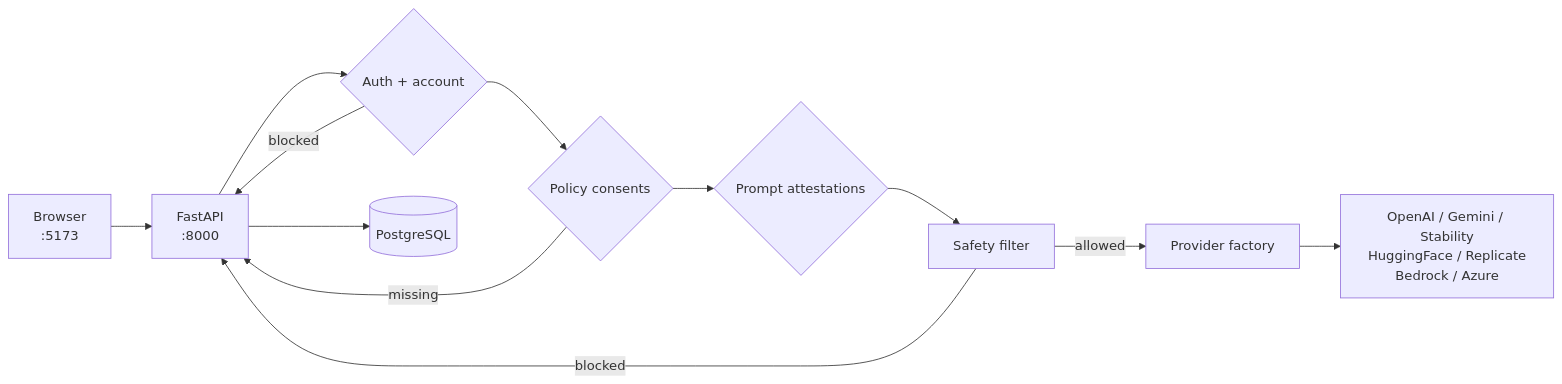
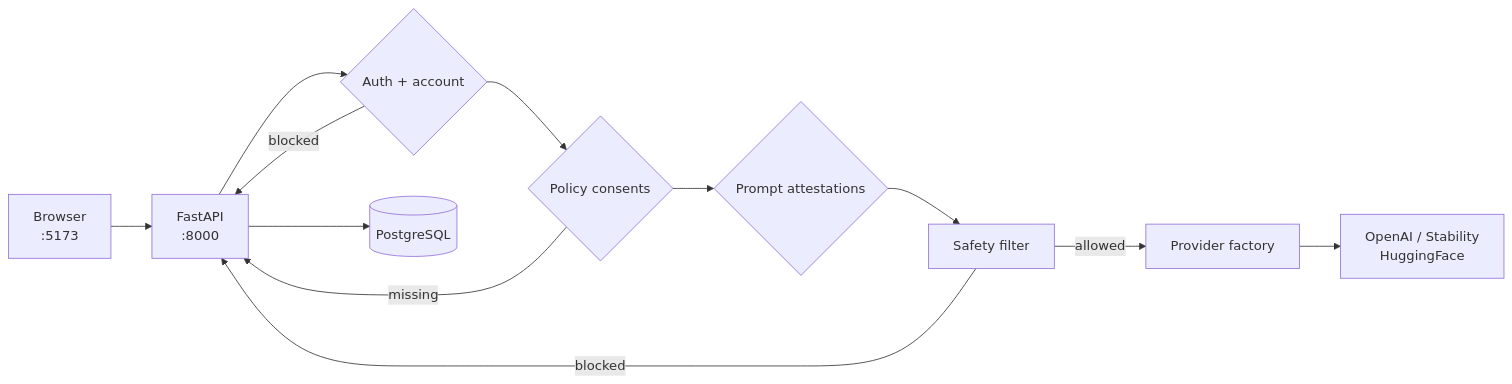
The diagram in README.md (Nditah/AI-Image-Gen), drawn with Mermaid before and after one commit. The commit also changed other lines of this file and 21 other files, not shown here.

````diff
--- a/README.md
+++ b/README.md
@@ -54,14 +63,14 @@
 ```mermaid
 flowchart LR
   A[Browser<br/>:5173] --> B[FastAPI<br/>:8000]
   B --> C{Auth + account}
   C -->|blocked| B
   C --> D{Policy consents}
   D -->|missing| B
   D --> E{Prompt attestations}
   E --> F[Safety filter]
   F -->|blocked| B
   F -->|allowed| G[Provider factory]
-  G --> H[OpenAI / Gemini / Stability<br/>HuggingFace / Replicate<br/>Bedrock / Azure]
+  G --> H[OpenAI / Stability<br/>HuggingFace]
   B --> I[(PostgreSQL)]
 ```
````
